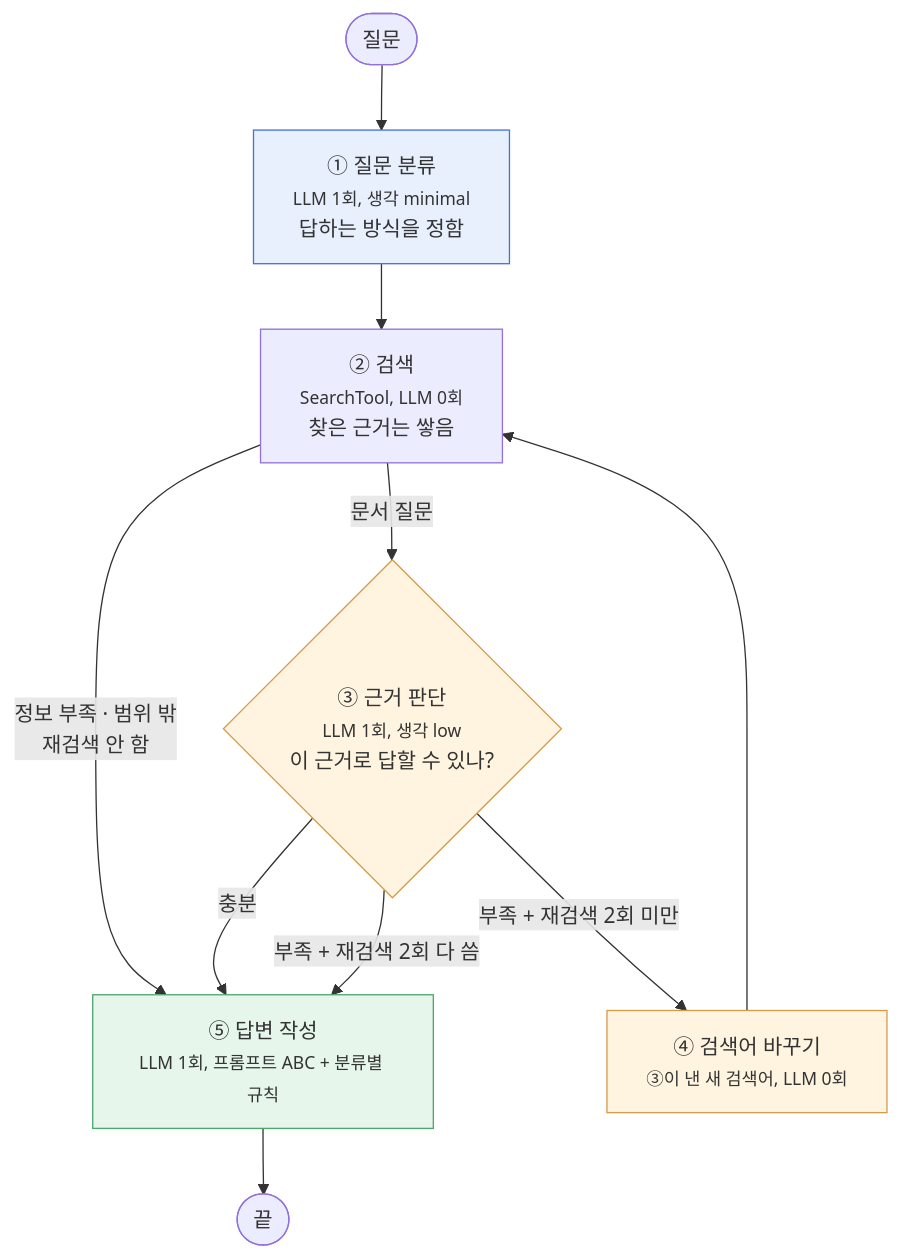
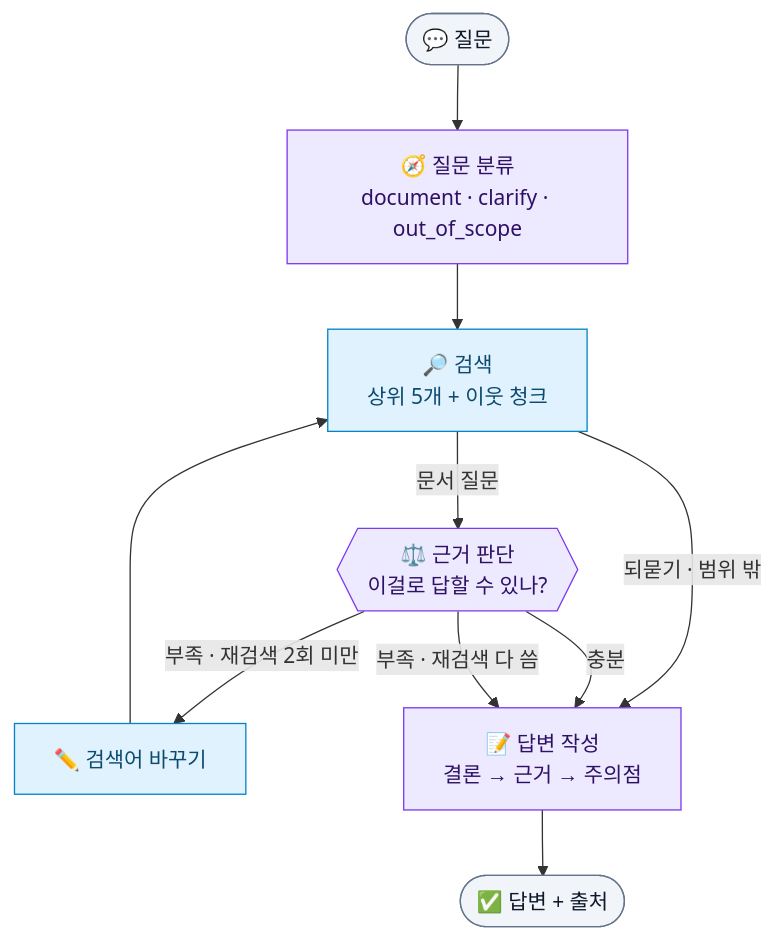
One commit to Xnarin/financial-rag-agent changed the second of 2 diagrams in README.md. Above: the diagram before and after it, drawn with Mermaid. The commit also changed other lines of this file and 9 other files, not shown here.

````diff
--- a/README.md
+++ b/README.md
@@ -420,26 +51,23 @@
 ```mermaid
 flowchart TD
-    START([질문]) --> classify
+    Q(["💬 질문"]):::io
+    C["🧭 질문 분류<br/>document · clarify · out_of_scope"]:::llm
+    R["🔎 검색<br/>상위 5개 + 이웃 청크"]:::tool
+    G{{"⚖️ 근거 판단<br/>이걸로 답할 수 있나?"}}:::llm
+    W["✏️ 검색어 바꾸기"]:::tool
+    A["📝 답변 작성<br/>결론 → 근거 → 주의점"]:::llm
+    E(["✅ 답변 + 출처"]):::io
 
-    classify["① 질문 분류<br/><small>LLM 1회, 생각 minimal</small><br/>답하는 방식을 정함"]
-    classify --> retrieve
+    Q --> C --> R
+    R -->|문서 질문| G
+    R -->|되묻기 · 범위 밖| A
+    G -->|충분| A
+    G -->|부족 · 재검색 2회 미만| W
+    W --> R
+    G -->|부족 · 재검색 다 씀| A
+    A --> E
 
-    retrieve["② 검색<br/><small>SearchTool, LLM 0회</small><br/>찾은 근거는 쌓음"]
-    retrieve -->|문서 질문| grade
-    retrieve -->|정보 부족 · 범위 밖<br/>재검색 안 함| generate
-
-    grade{"③ 근거 판단<br/><small>LLM 1회, 생각 low</small><br/>이 근거로 답할 수 있나?"}
-    grade -->|충분| generate
-    grade -->|부족 + 재검색 2회 미만| rewrite
-    grade -->|부족 + 재검색 2회 다 씀| generate
-
-    rewrite["④ 검색어 바꾸기<br/><small>③이 낸 새 검색어, LLM 0회</small>"] --> retrieve
-
-    generate["⑤ 답변 작성<br/><small>LLM 1회, 프롬프트 ABC + 분류별 규칙</small>"]
-    generate --> END([끝])
-
-    style classify fill:#e8f0fe,stroke:#4a6fd8
-    style grade fill:#fff4e0,stroke:#d89a4a
-    style rewrite fill:#fff4e0,stroke:#d89a4a
-    style generate fill:#e6f6ea,stroke:#4aa86a
+    classDef io fill:#f1f5f9,stroke:#64748b,color:#0f172a
+    classDef llm fill:#ede9fe,stroke:#7c3aed,color:#2e1065
+    classDef tool fill:#e0f2fe,stroke:#0284c7,color:#0c4a6e
 ```
````
